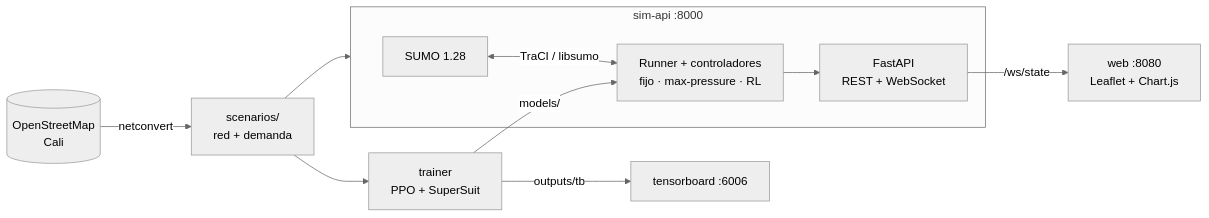
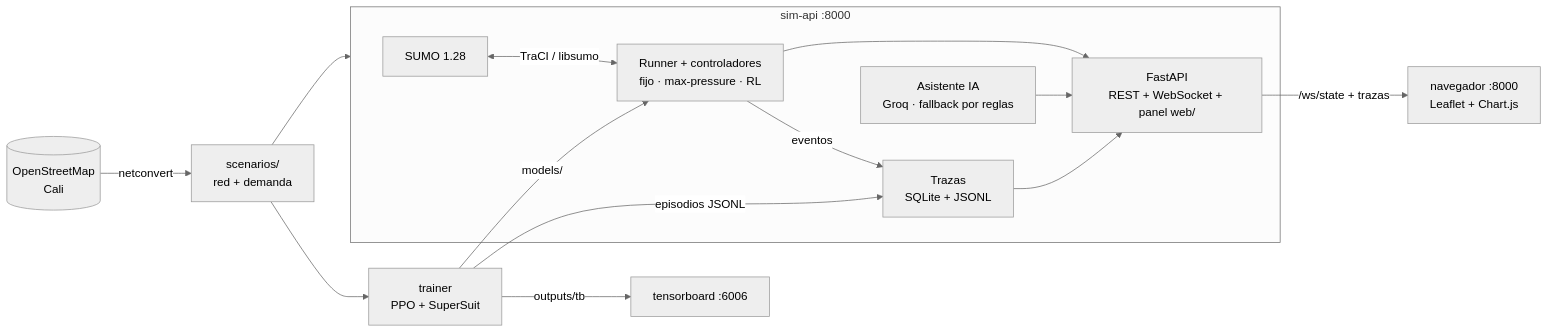
Before and after one commit to josearpa123/Gemelo_digital_cali: the diagram in README.md, drawn with Mermaid (neutral theme). The commit also changed other lines of this file and 6 other files, not shown here.

````diff
--- a/README.md
+++ b/README.md
@@ -61,13 +105,17 @@
 ```mermaid
 flowchart LR
     OSM[(OpenStreetMap<br/>Cali)] -->|netconvert| NET[scenarios/<br/>red + demanda]
     NET --> SIM
     subgraph SIM[sim-api :8000]
         SUMO[SUMO 1.28] <-->|TraCI / libsumo| RUN[Runner + controladores<br/>fijo · max-pressure · RL]
-        RUN --> API[FastAPI<br/>REST + WebSocket]
+        RUN --> API[FastAPI<br/>REST + WebSocket + panel web/]
+        RUN -->|eventos| TRC[Trazas<br/>SQLite + JSONL]
+        LLM[Asistente IA<br/>Groq · fallback por reglas] --> API
+        TRC --> API
     end
-    API -->|/ws/state| WEB[web :8080<br/>Leaflet + Chart.js]
+    API -->|/ws/state + trazas| WEB[navegador :8000<br/>Leaflet + Chart.js]
     NET --> TR[trainer<br/>PPO + SuperSuit]
     TR -->|models/| RUN
+    TR -->|episodios JSONL| TRC
     TR -->|outputs/tb| TB[tensorboard :6006]
 ```
````
